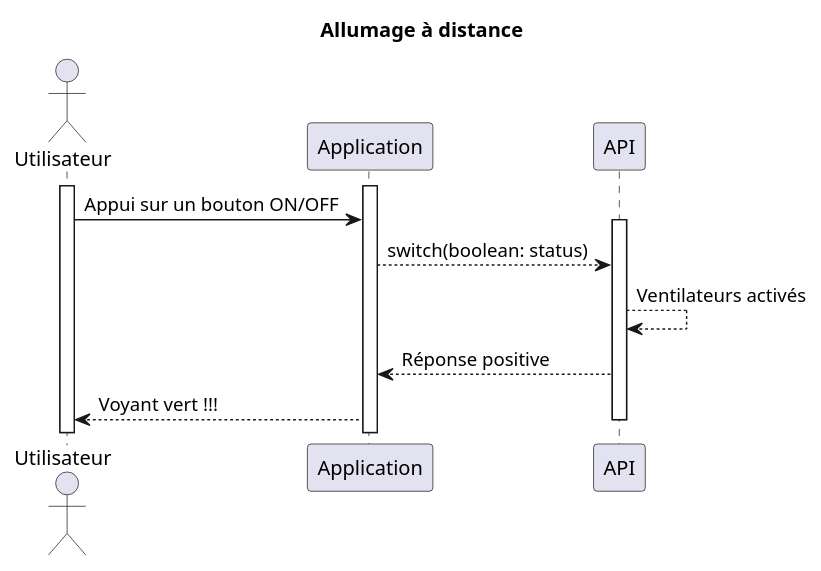
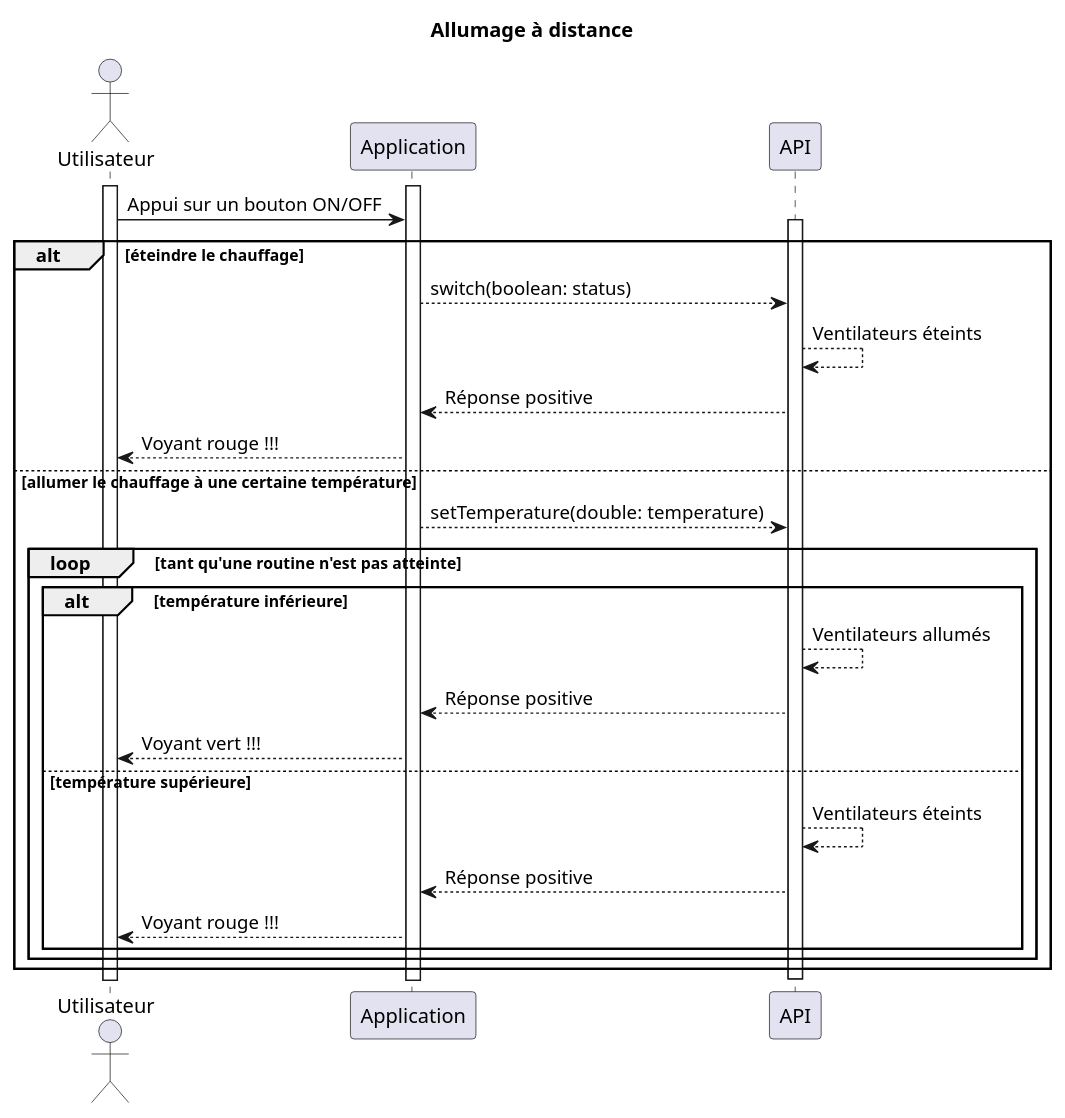
One commit to chauffapagnan/documentation changed the diagram in diagrams/seq/turn_on_heating.puml. Above: the diagram before and after it, drawn with PlantUML. The commit also changed 5 other files, not shown here.

Commit message:
✨ mise à jour des diagrammes de séquence

```diff
--- a/diagrams/seq/turn_on_heating.puml
+++ b/diagrams/seq/turn_on_heating.puml
@@ -1,24 +1,39 @@
 @startuml
 
 title Allumage à distance
 
 actor Utilisateur
 
 activate Utilisateur
 activate Application
 participant API
 
 Utilisateur -> Application: Appui sur un bouton ON/OFF
 
 
 activate API
-Application --> API: switch(boolean: status)
-API --> API: Ventilateurs activés
-API --> Application: Réponse positive
+alt éteindre le chauffage
+    Application --> API: switch(boolean: status)
+    API --> API: Ventilateurs éteints
+    API --> Application: Réponse positive
+    Application --> Utilisateur: Voyant rouge !!!
 
+else allumer le chauffage à une certaine température
+    Application --> API: setTemperature(double: temperature)
 
-Application --> Utilisateur: Voyant vert !!!
+    loop tant qu'une routine n'est pas atteinte
+        alt température inférieure
+            API --> API: Ventilateurs allumés
+            API --> Application: Réponse positive
+            Application --> Utilisateur: Voyant vert !!!
+        else température supérieure
+            API --> API: Ventilateurs éteints
+            API --> Application: Réponse positive
+            Application --> Utilisateur: Voyant rouge !!!
+        end
+    end
+end
 
 deactivate API
 
 @enduml
```
